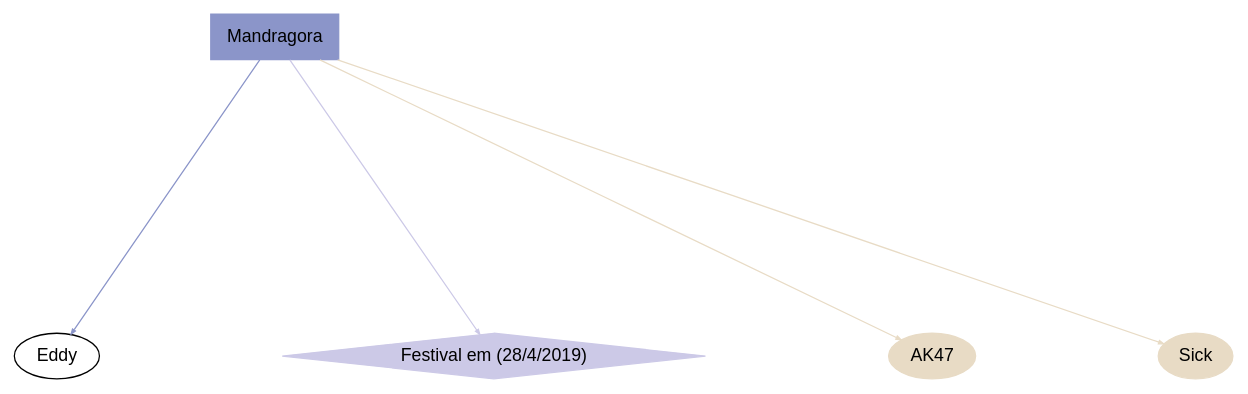
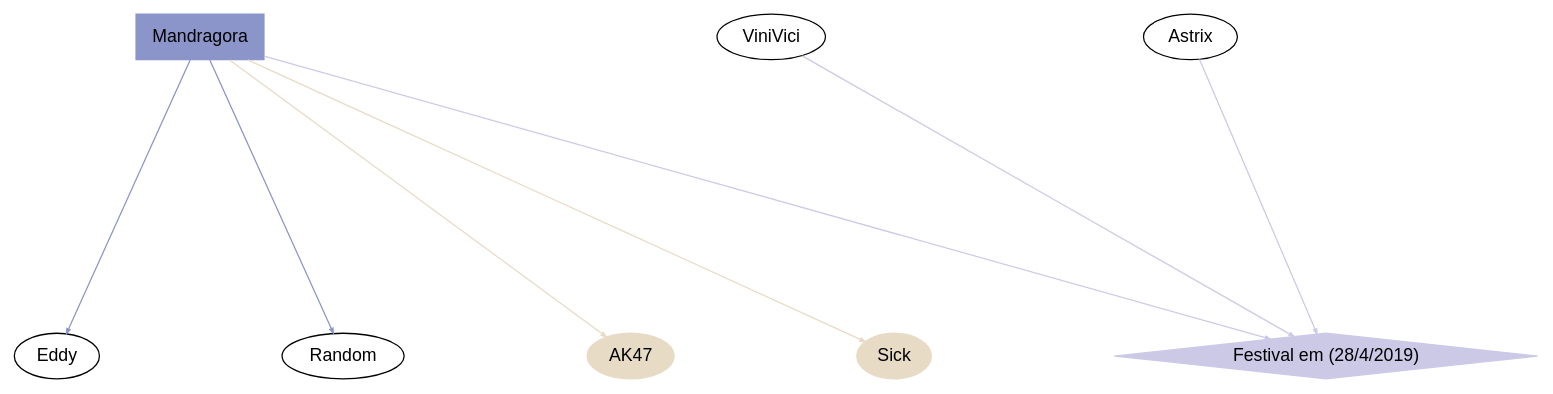
One commit to 62random/pl3 changed the diagram in graph.dot. Above: the diagram before and after it, drawn with Graphviz. The commit also changed 3 other files, not shown here.

Commit message:
graph working (?)

```diff
--- a/graph.dot
+++ b/graph.dot
@@ -1,16 +1,21 @@
-digraph Museu {
+strict digraph Museu {
 	size="31,41";
 	node [fontname="helvetica"];
 	ranksep=3.0;
 	nodesep=2.0;
 	overlap="false";
 	splines="true";
 	"Mandragora" 	[shape=box, style=filled, fillcolor="#8B95C9", color="#8B95C9"];
 	"Mandragora" 	-> 	"Eddy" 	[arrowsize=0.4, weight=0.1, color="#8B95C9"];
+	"Mandragora" 	-> 	"Random" 	[arrowsize=0.4, weight=0.1, color="#8B95C9"];
 	"Festival em (28/4/2019)" 	[shape=diamond, style=filled, fillcolor="#CCC9E7", color="#CCC9E7"];
 	"Mandragora" 	-> 	"Festival em (28/4/2019)" 	[arrowsize=0.4, weight=0.1, color="#CCC9E7"];
+	"ViniVici" 	-> 	"Festival em (28/4/2019)" 	[arrowsize=0.4, weight=0.1, color="#CCC9E7"];
+	"Astrix" 	-> 	"Festival em (28/4/2019)" 	[arrowsize=0.4, weight=0.1, color="#CCC9E7"];
 	"AK47" 	[style=filled, color="#E8DBC5", fillcolor="#E8DBC5"];
+	"Mandragora" 	-> 	"AK47" 	[arrowsize=0.4, weight=0.1, color="#E8DBC5"];
 	"Mandragora" 	-> 	"AK47" 	[arrowsize=0.4, weight=0.1, color="#E8DBC5"];
 	"Sick" 	[style=filled, color="#E8DBC5", fillcolor="#E8DBC5"];
 	"Mandragora" 	-> 	"Sick" 	[arrowsize=0.4, weight=0.1, color="#E8DBC5"];
+	"Mandragora" 	-> 	"Sick" 	[arrowsize=0.4, weight=0.1, color="#E8DBC5"];
 }
```
